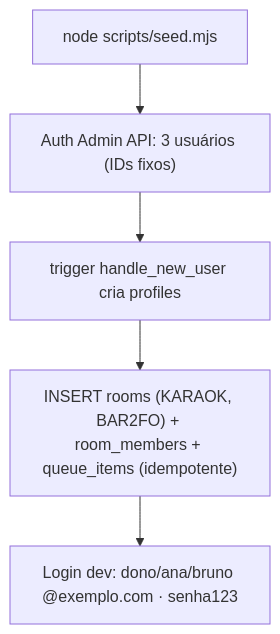
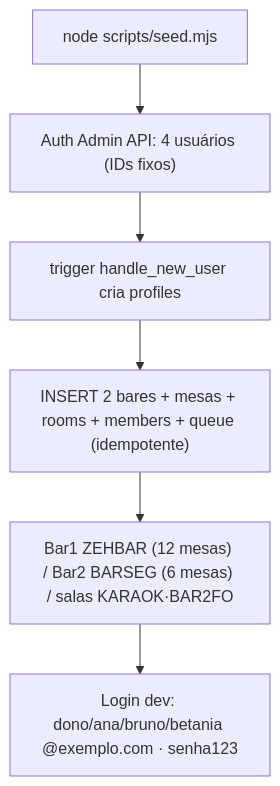
One commit to cavalcanteprofissional/karaoke-flow changed the fifth of 5 diagrams in docs/flows/banco-de-dados.md. Above: the diagram before and after it, drawn with Mermaid. The commit also changed other lines of this file and 37 other files, not shown here.

First line of the commit message:
feat: domínio bar/mesas/karaokês e acesso anônimo (Fase 3.5)

````diff
--- a/docs/flows/banco-de-dados.md
+++ b/docs/flows/banco-de-dados.md
@@ -179,7 +209,8 @@
 ```mermaid
 flowchart TD
-    A["node scripts/seed.mjs"] --> B["Auth Admin API: 3 usuários (IDs fixos)"]
+    A["node scripts/seed.mjs"] --> B["Auth Admin API: 4 usuários (IDs fixos)"]
     B --> C["trigger handle_new_user cria profiles"]
-    C --> D["INSERT rooms (KARAOK, BAR2FO) + room_members + queue_items (idempotente)"]
-    D --> E["Login dev: dono/ana/bruno @exemplo.com · senha123"]
+    C --> D["INSERT 2 bares + mesas + rooms + members + queue (idempotente)"]
+    D --> E["Bar1 ZEHBAR (12 mesas) / Bar2 BARSEG (6 mesas) / salas KARAOK·BAR2FO"]
+    E --> F["Login dev: dono/ana/bruno/betania @exemplo.com · senha123"]
 ```
````
